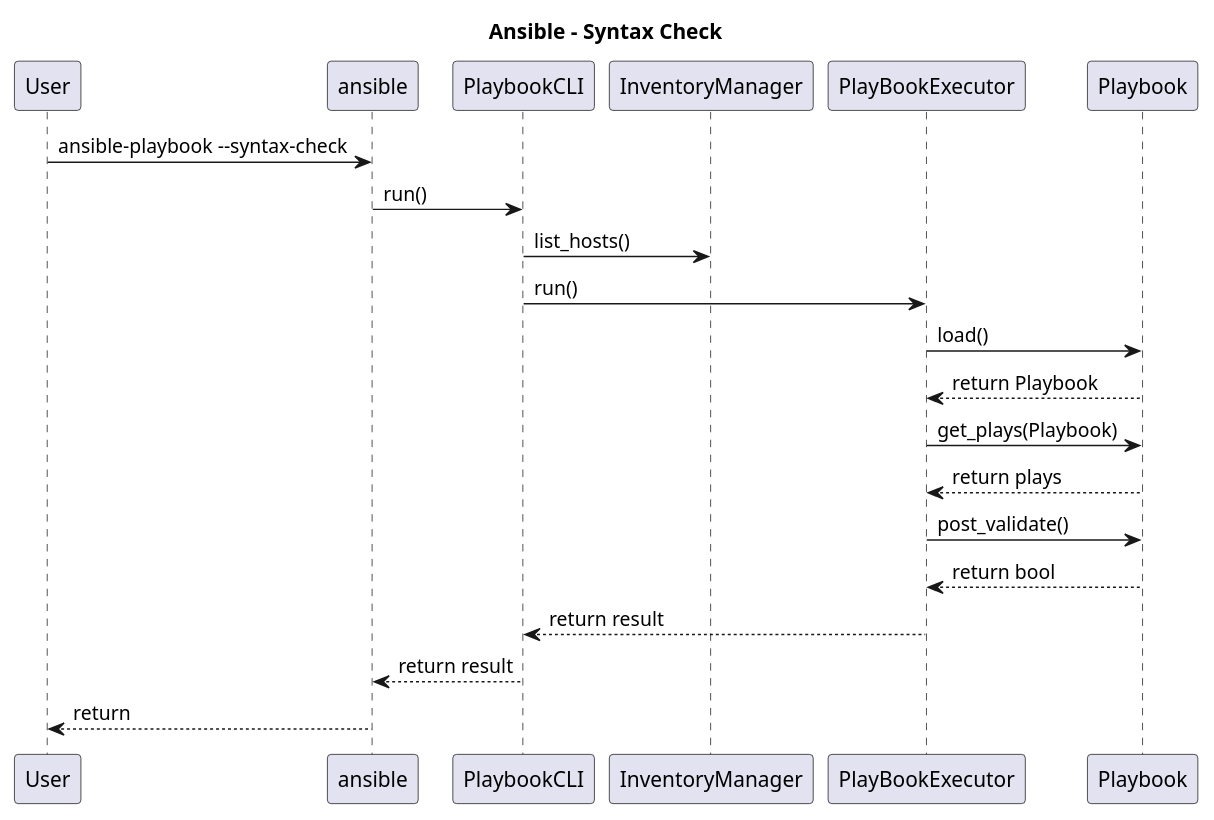
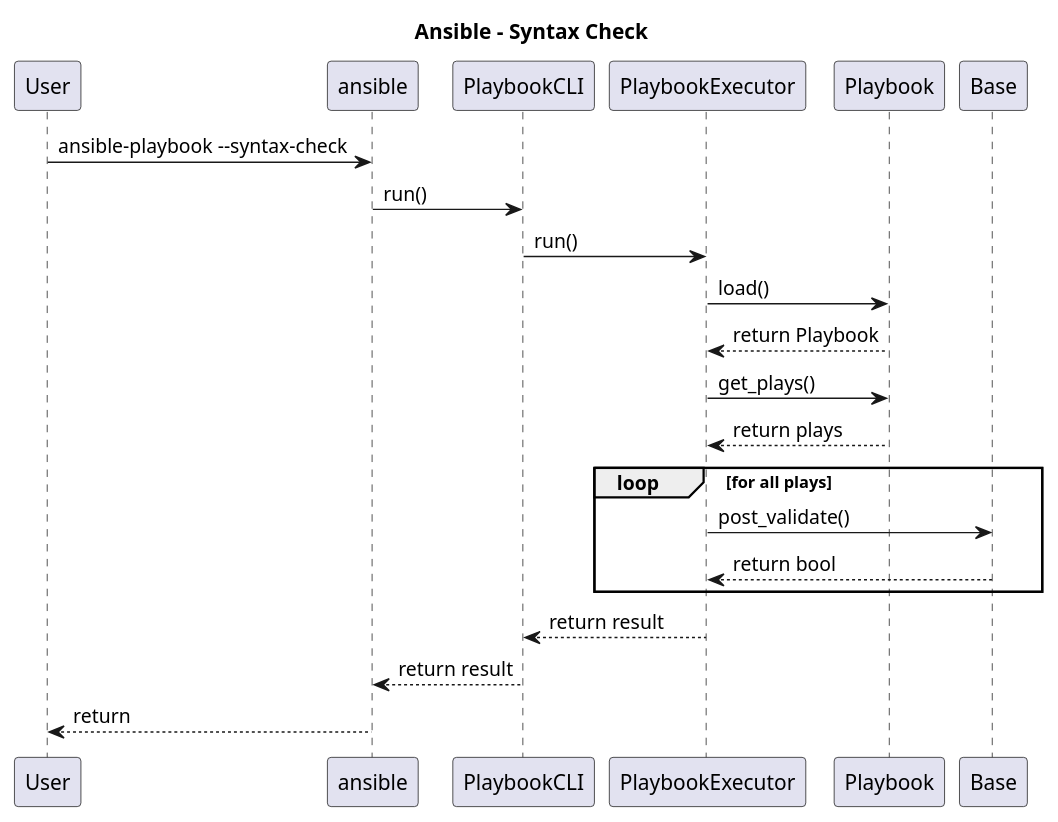
Before and after one commit to ezequiels/nazz: the diagram in project/uml/SequenceDiagram/SyntaxCheck.puml, drawn with PlantUML. The commit also changed 3 other files, not shown here.

```diff
--- a/project/uml/SequenceDiagram/SyntaxCheck.puml
+++ b/project/uml/SequenceDiagram/SyntaxCheck.puml
@@ -1,16 +1,17 @@
 @startuml
 title Ansible - Syntax Check
 User->ansible: ansible-playbook --syntax-check
 ansible->PlaybookCLI: run()
-PlaybookCLI->InventoryManager: list_hosts()
-PlaybookCLI->PlayBookExecutor:run()
-PlayBookExecutor->Playbook:load()
-Playbook-->PlayBookExecutor: return Playbook
-PlayBookExecutor->Playbook:get_plays(Playbook)
-Playbook-->PlayBookExecutor: return plays
-PlayBookExecutor->Playbook: post_validate()
-Playbook-->PlayBookExecutor: return bool
-PlayBookExecutor-->PlaybookCLI: return result
+PlaybookCLI->PlaybookExecutor:run()
+PlaybookExecutor->Playbook:load()
+Playbook-->PlaybookExecutor: return Playbook
+PlaybookExecutor->Playbook:get_plays()
+Playbook-->PlaybookExecutor: return plays
+loop for all plays
+PlaybookExecutor->Base: post_validate()
+Base-->PlaybookExecutor: return bool
+end
+PlaybookExecutor-->PlaybookCLI: return result
 PlaybookCLI-->ansible: return result
 ansible-->User: return
 @enduml
```
